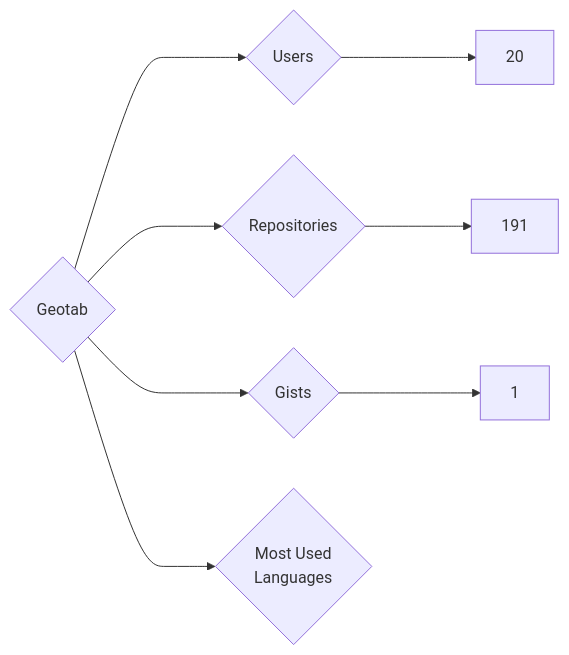
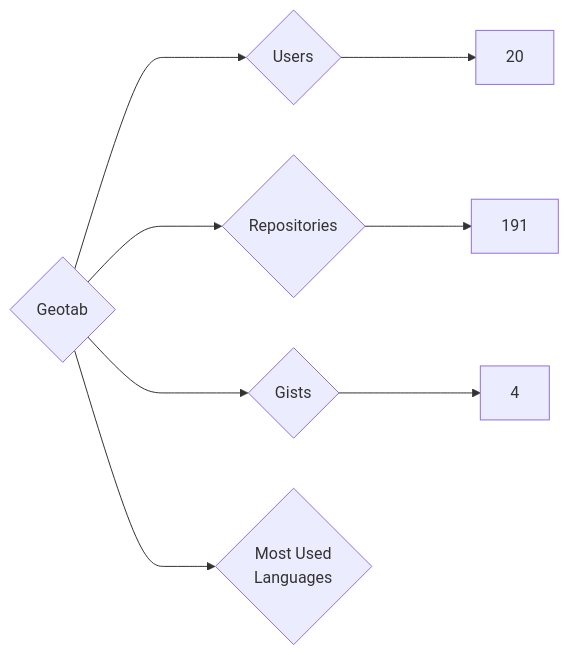
The diagram in targets/Geotab/README.md (nenadzaric/insiders), drawn with Mermaid before and after one commit. The commit also changed 1342 other files, not shown here.

````diff
--- a/targets/Geotab/README.md
+++ b/targets/Geotab/README.md
@@ -3,8 +3,8 @@
 ```mermaid
 graph LR
 COMPANY_NAME{Geotab}
 COMPANY_NAME ---> U{Users} ---> UN[20]
 COMPANY_NAME ---> R{Repositories} ---> RN[191]
-COMPANY_NAME ---> G{Gists} ---> GN[1]
+COMPANY_NAME ---> G{Gists} ---> GN[4]
 COMPANY_NAME ---> ML{Most Used<br>Languages}
 ```
````
